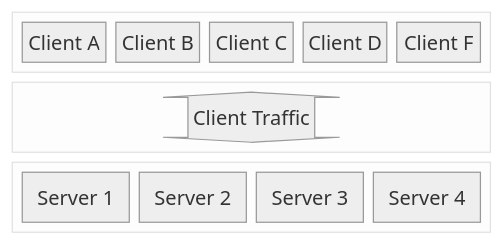
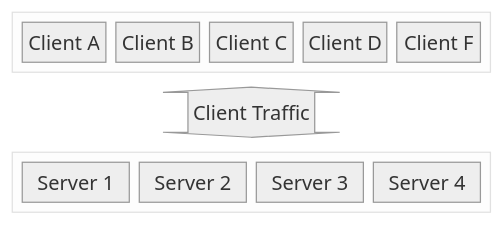
The diagram in slidegenerator/mermaid/cluster_diagram.md (jan379/quobyte-presales), drawn with Mermaid (neutral theme) before and after one commit.

Commit message:
add traffic

````diff
--- a/slidegenerator/mermaid/cluster_diagram.md
+++ b/slidegenerator/mermaid/cluster_diagram.md
@@ -3,21 +3,19 @@
 ```mermaid
 block
 columns 1
   block:Compute
     C1["Client A"]
     C2["Client B"]
     C3["Client C"]
     C4["Client D"]
     C5["Client E"]
     C5["Client F"]
   end
-  block:Traffic
-    clientTraffic<["Client Traffic"]>(y)
-  end
+  clientTraffic<["Client Traffic"]>(y)
   block:Storage
     S1["Server 1"]
     S2["Server 2"]
     S3["Server 3"]
     S4["Server 4"]
   end
 ```
````
